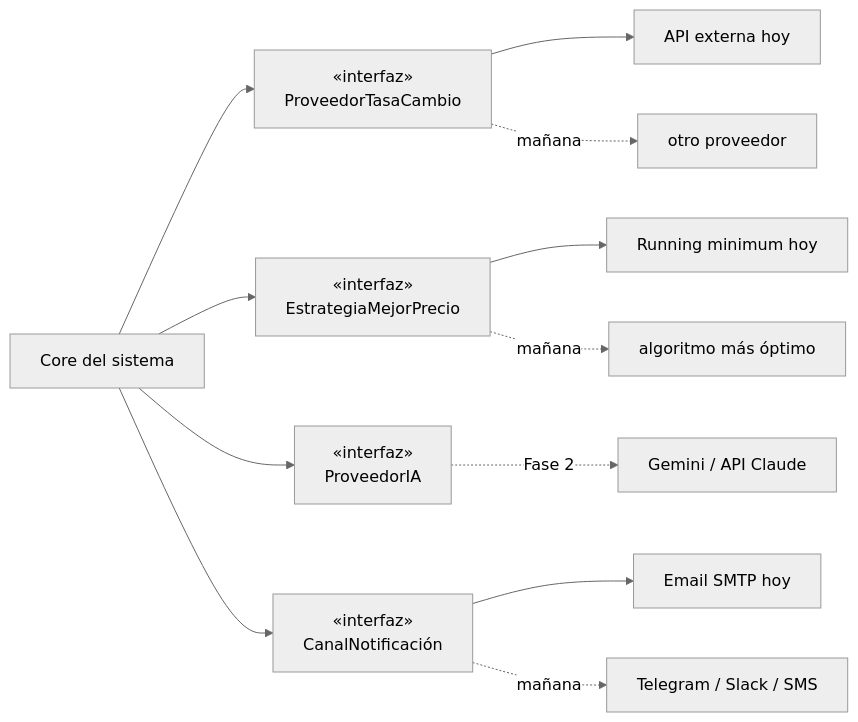
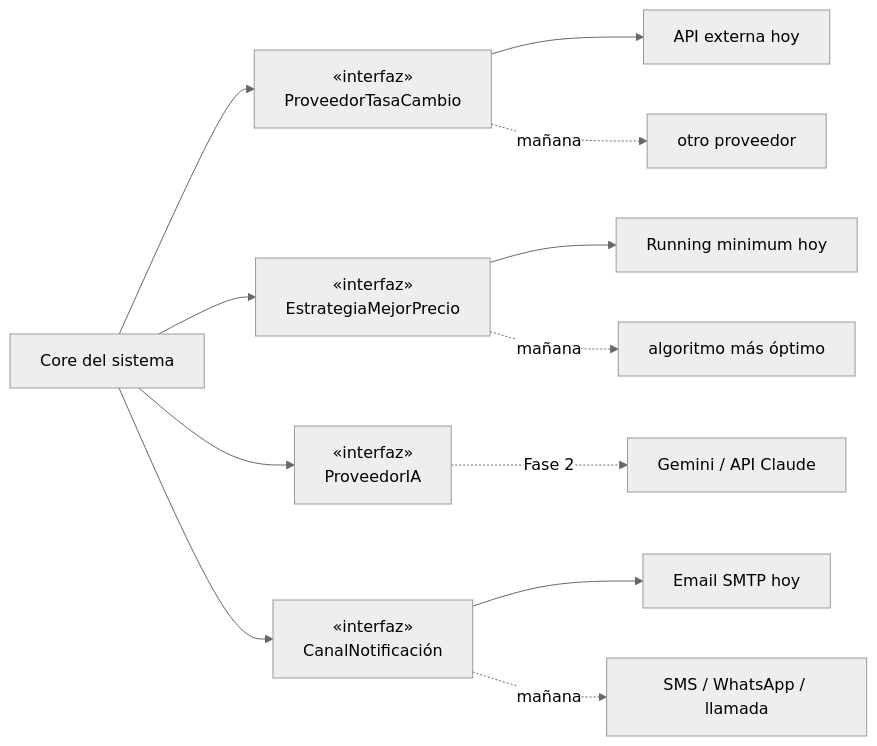
Before and after one commit to vida-I-found-it/architecture: the fifth of 7 diagrams in docs/02-arquitectura.md, drawn with Mermaid (neutral theme). The commit also changed other lines of this file and 5 other files, not shown here.

First line of the commit message:
docs: 📝 update architecture, data model, requirements and pending list for per-system auth

````diff
--- a/docs/02-arquitectura.md
+++ b/docs/02-arquitectura.md
@@ -259,15 +259,15 @@
 ```mermaid
 graph LR
     CORE[Core del sistema] --> I1[«interfaz»<br/>ProveedorTasaCambio]
     CORE --> I2[«interfaz»<br/>EstrategiaMejorPrecio]
     CORE --> I3[«interfaz»<br/>ProveedorIA]
     CORE --> I4[«interfaz»<br/>CanalNotificación]
 
     I1 --> A1[API externa hoy]
     I1 -.mañana.-> A2[otro proveedor]
     I2 --> B1[Running minimum hoy]
     I2 -.mañana.-> B2[algoritmo más óptimo]
     I3 -.Fase 2.-> C1[Gemini / API Claude]
     I4 --> D1[Email SMTP hoy]
-    I4 -.mañana.-> D2[Telegram / Slack / SMS]
+    I4 -.mañana.-> D2[SMS / WhatsApp / llamada]
 ```
````
